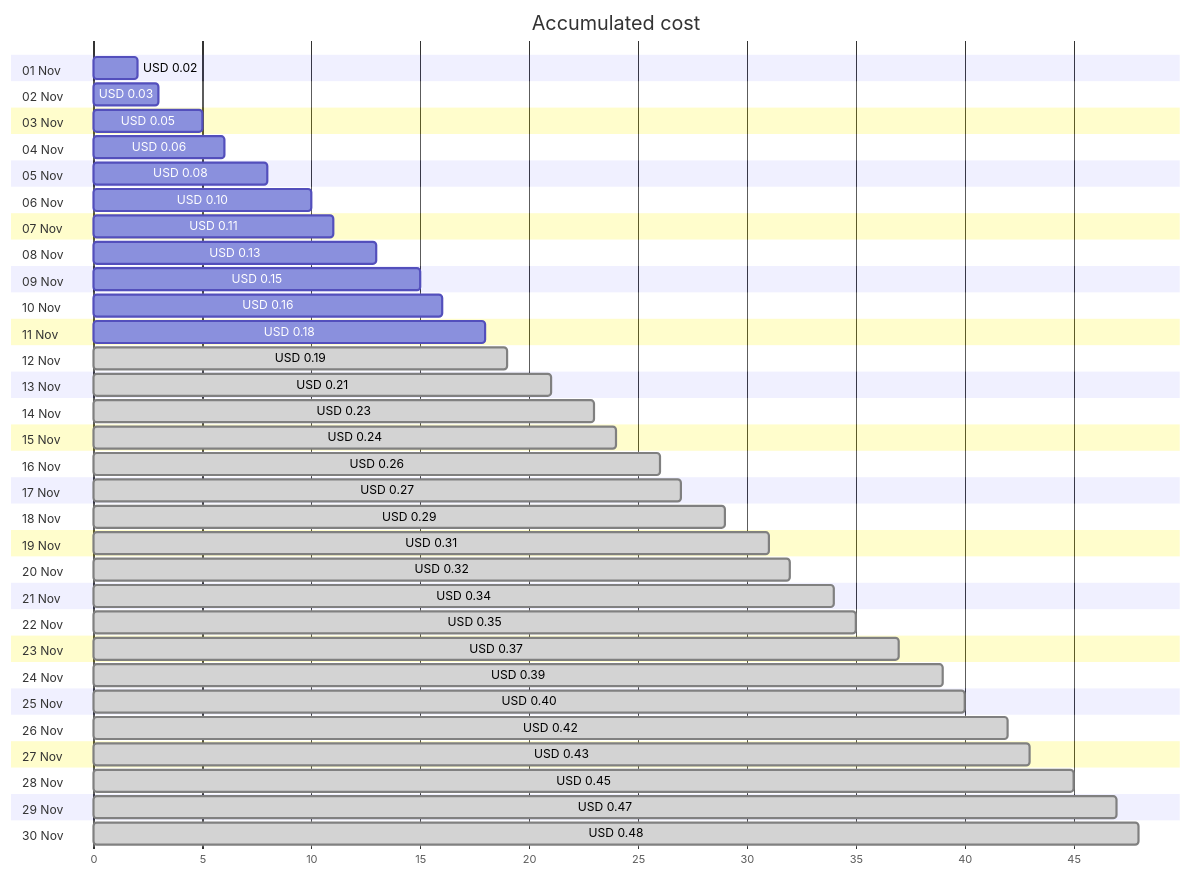
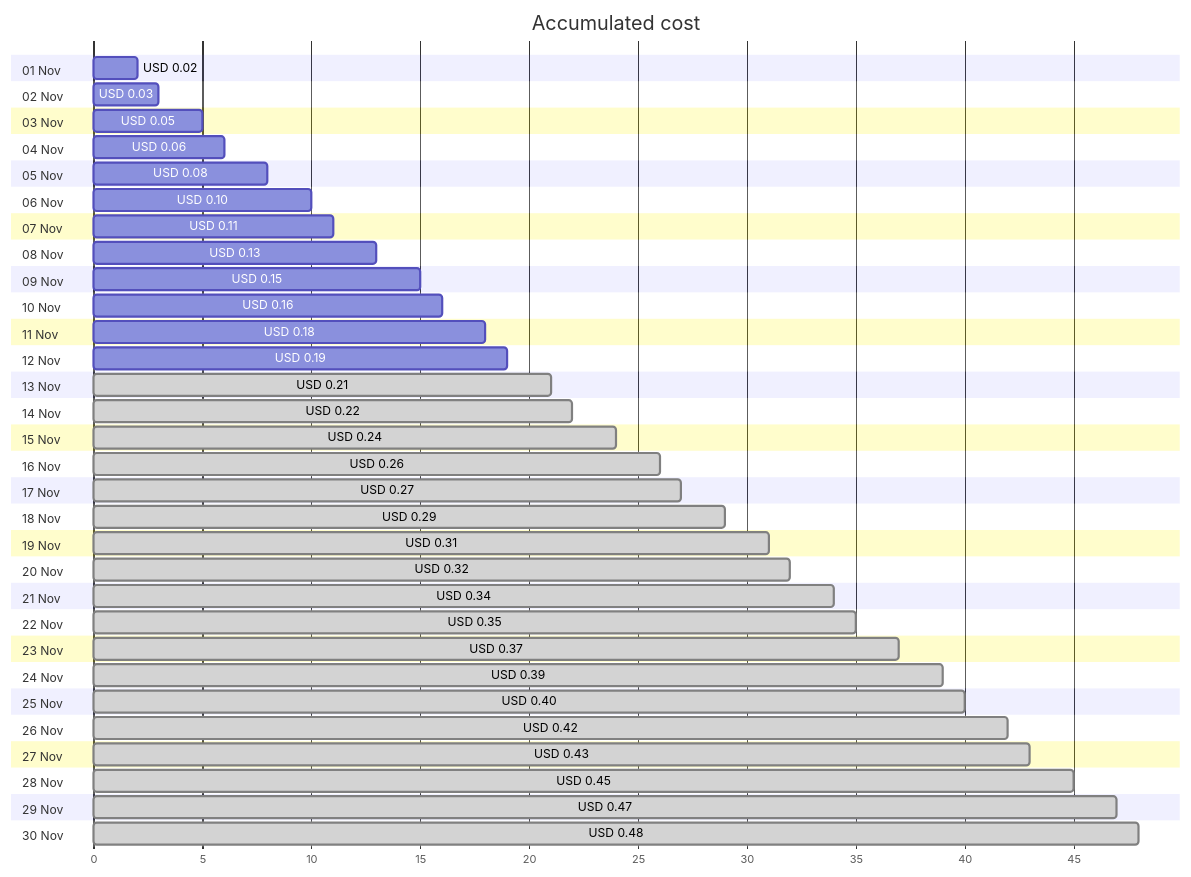
One commit to jpfulton/azure-personal-reports changed the first of 4 diagrams in cost-reports/personal-network/private.jpatrickfulton.com.md. Above: the diagram before and after it, drawn with Mermaid. The commit also changed other lines of this file and 8 other files, not shown here.

````diff
--- a/cost-reports/personal-network/private.jpatrickfulton.com.md
+++ b/cost-reports/personal-network/private.jpatrickfulton.com.md
@@ -20,66 +20,66 @@
 ```mermaid
 gantt
    title Accumulated cost
    dateFormat  X
    axisFormat %s
    section 01 Nov
    USD 0.02 :0, 2
    section 02 Nov
    USD 0.03 :0, 3
    section 03 Nov
    USD 0.05 :0, 5
    section 04 Nov
    USD 0.06 :0, 6
    section 05 Nov
    USD 0.08 :0, 8
    section 06 Nov
    USD 0.10 :0, 10
    section 07 Nov
    USD 0.11 :0, 11
    section 08 Nov
    USD 0.13 :0, 13
    section 09 Nov
    USD 0.15 :0, 15
    section 10 Nov
    USD 0.16 :0, 16
    section 11 Nov
    USD 0.18 :0, 18
    section 12 Nov
-   USD 0.19 : done, 0, 19
+   USD 0.19 :0, 19
    section 13 Nov
    USD 0.21 : done, 0, 21
    section 14 Nov
-   USD 0.23 : done, 0, 23
+   USD 0.22 : done, 0, 22
    section 15 Nov
    USD 0.24 : done, 0, 24
    section 16 Nov
    USD 0.26 : done, 0, 26
    section 17 Nov
    USD 0.27 : done, 0, 27
    section 18 Nov
    USD 0.29 : done, 0, 29
    section 19 Nov
    USD 0.31 : done, 0, 31
    section 20 Nov
    USD 0.32 : done, 0, 32
    section 21 Nov
    USD 0.34 : done, 0, 34
    section 22 Nov
    USD 0.35 : done, 0, 35
    section 23 Nov
    USD 0.37 : done, 0, 37
    section 24 Nov
    USD 0.39 : done, 0, 39
    section 25 Nov
    USD 0.40 : done, 0, 40
    section 26 Nov
    USD 0.42 : done, 0, 42
    section 27 Nov
    USD 0.43 : done, 0, 43
    section 28 Nov
    USD 0.45 : done, 0, 45
    section 29 Nov
    USD 0.47 : done, 0, 47
    section 30 Nov
    USD 0.48 : done, 0, 48
 ```
````
